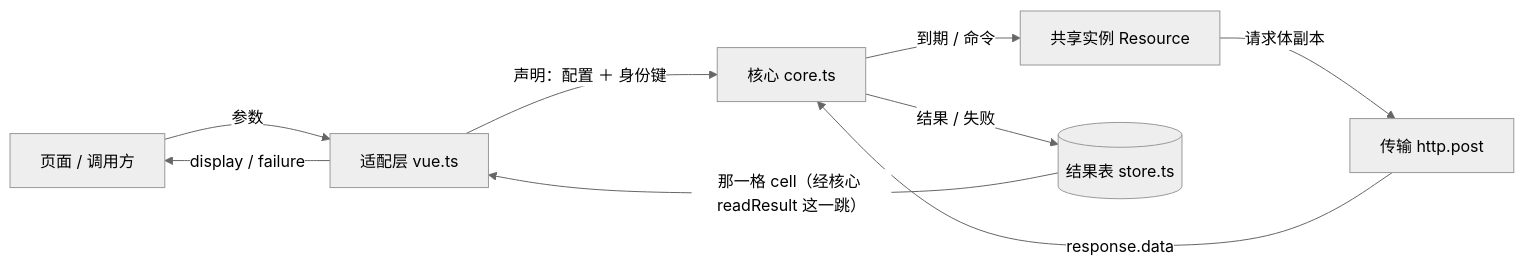
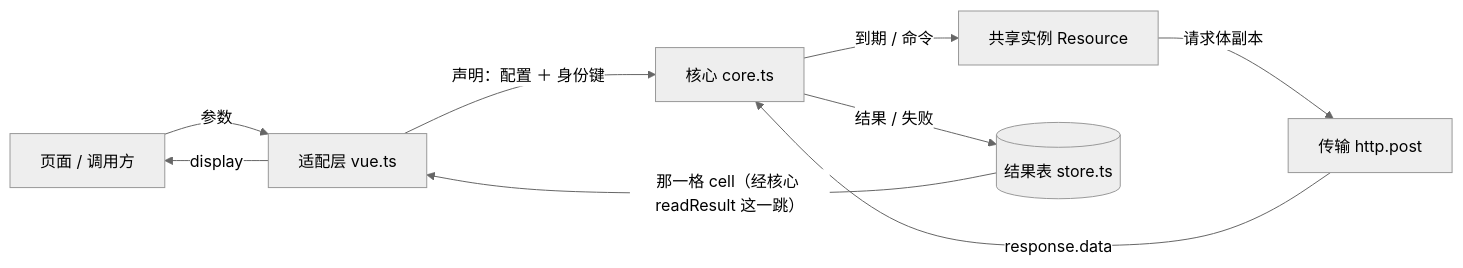
Before and after one commit to anjing0524/vue-refresh: the second of 4 diagrams in DESIGN.md, drawn with Mermaid (neutral theme). The commit also changed other lines of this file and 26 other files, not shown here.

````diff
--- a/DESIGN.md
+++ b/DESIGN.md
@@ -165,11 +165,11 @@
 ```mermaid
 flowchart LR
   Page["页面 / 调用方"] -->|"参数"| Adapter["适配层 vue.ts"]
   Adapter -->|"声明：配置 ＋ 身份键"| Core["核心 core.ts"]
   Core -->|"到期 / 命令"| Shared["共享实例 Resource"]
   Shared -->|"请求体副本"| Http["传输 http.post"]
   Http -->|"response.data"| Core
   Core -->|"结果 / 失败"| Table[("结果表 store.ts")]
   Table -->|"那一格 cell（经核心 readResult 这一跳）"| Adapter
-  Adapter -->|"display / failure"| Page
+  Adapter -->|"display"| Page
 ```
````
